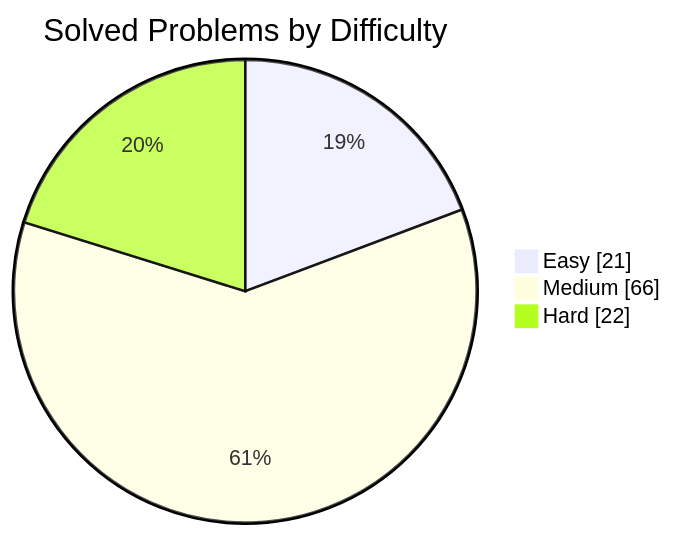
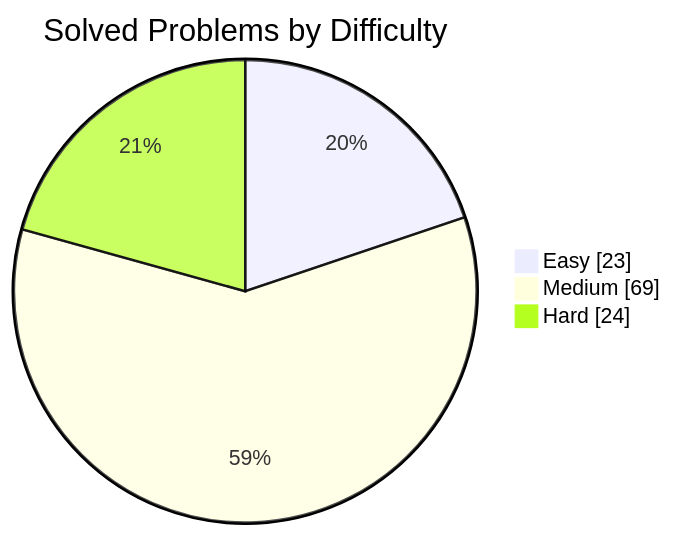
One commit to manikantbindass/DSA-Preparation-FAANG changed the first of 2 diagrams in README.md. Above: the diagram before and after it, drawn with Mermaid. The commit also changed other lines of this file, not shown here.

````diff
--- a/README.md
+++ b/README.md
@@ -38,7 +38,7 @@
 ```mermaid
 pie showData
     title Solved Problems by Difficulty
-    "Easy" : 21
-    "Medium" : 66
-    "Hard" : 22
+    "Easy" : 23
+    "Medium" : 69
+    "Hard" : 24
 ```
````
